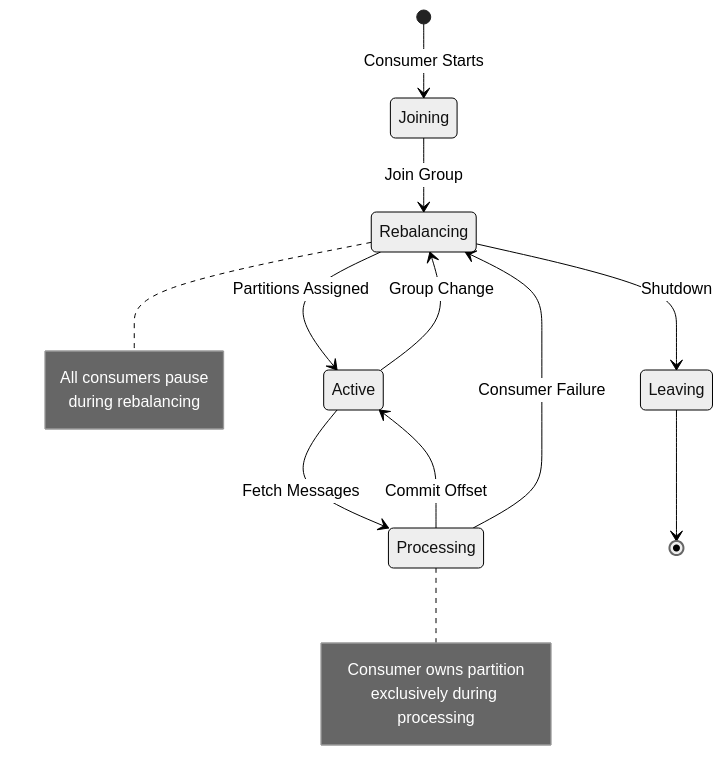
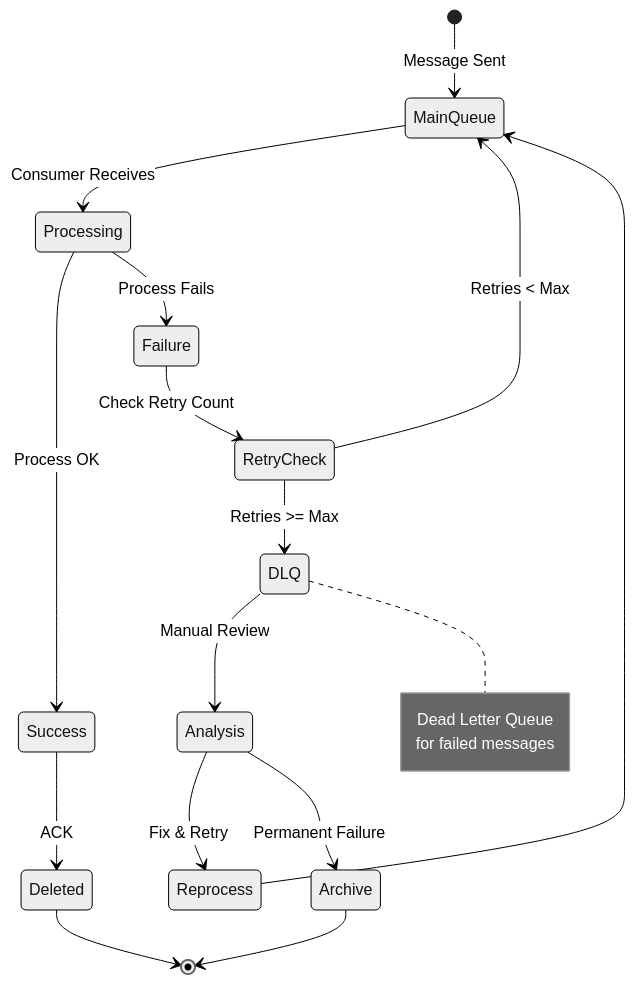
Before and after one commit to deepaucksharma/DStudio: the fifth of 8 diagrams in docs/pattern-library/coordination/distributed-queue.md, drawn with Mermaid (neutral theme). The commit also changed other lines of this file and 8 other files, not shown here.

````diff
--- a/docs/pattern-library/coordination/distributed-queue.md
+++ b/docs/pattern-library/coordination/distributed-queue.md
@@ -1079,22 +563,28 @@
 ```mermaid
 stateDiagram-v2
-    [*] --> Joining: Consumer Starts
-    Joining --> Rebalancing: Join Group
-    Rebalancing --> Active: Partitions Assigned
-    Active --> Processing: Fetch Messages
-    Processing --> Active: Commit Offset
-    Processing --> Rebalancing: Consumer Failure
-    Active --> Rebalancing: Group Change
-    Rebalancing --> Leaving: Shutdown
-    Leaving --> [*]
+    [*] --> MainQueue: Message Sent
+    MainQueue --> Processing: Consumer Receives
     
-    note right of Rebalancing
-        All consumers pause
-        during rebalancing
-    end note
+    Processing --> Success: Process OK
+    Processing --> Failure: Process Fails
     
-    note right of Processing
-        Consumer owns partition
-        exclusively during processing
+    Success --> Deleted: ACK
+    Deleted --> [*]
+    
+    Failure --> RetryCheck: Check Retry Count
+    
+    RetryCheck --> MainQueue: Retries < Max
+    RetryCheck --> DLQ: Retries >= Max
+    
+    DLQ --> Analysis: Manual Review
+    Analysis --> Reprocess: Fix & Retry
+    Analysis --> Archive: Permanent Failure
+    
+    Reprocess --> MainQueue
+    Archive --> [*]
+    
+    note right of DLQ
+        Dead Letter Queue
+        for failed messages
     end note
 ```
````
